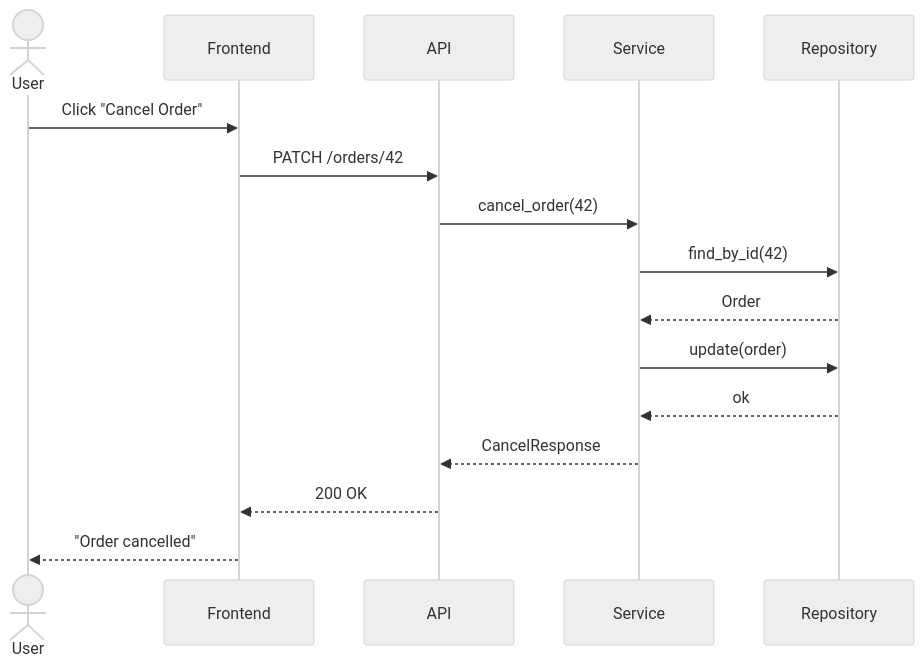
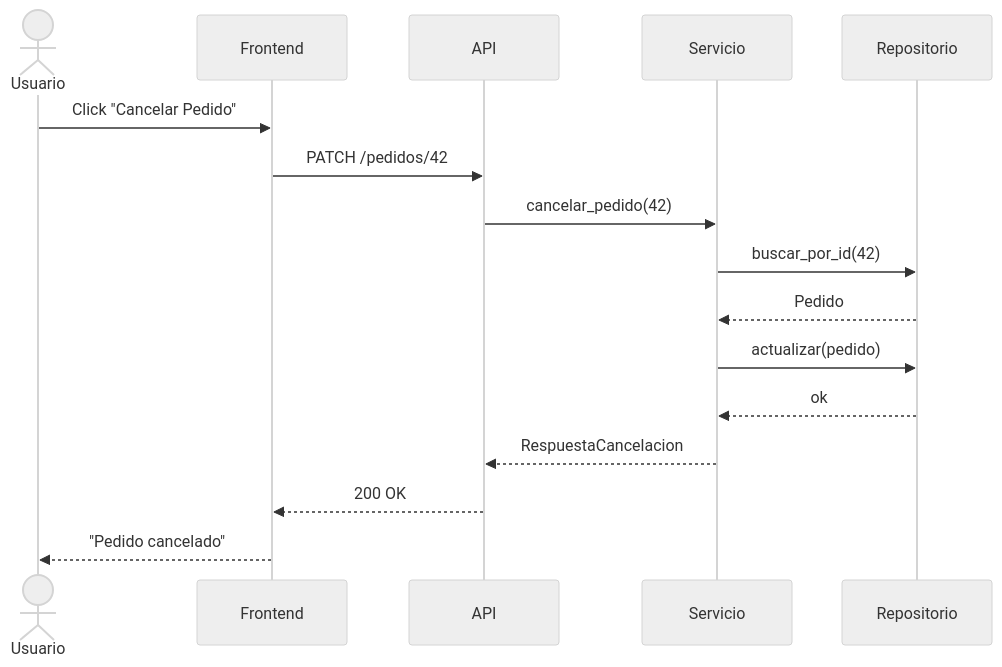
Before and after one commit to Francisco-Beltran-Millalen/AI-Assistend-workflows: the second of 4 diagrams in workflow/stages/phase-0/04-teacher.md, drawn with Mermaid (neutral theme). The commit also changed other lines of this file and 70 other files, not shown here.

````diff
--- a/workflow/stages/phase-0/04-teacher.md
+++ b/workflow/stages/phase-0/04-teacher.md
@@ -299,14 +285,14 @@
 ```mermaid
 sequenceDiagram
-    actor User
-    User->>Frontend: Click "Cancel Order"
-    Frontend->>API: PATCH /orders/42
-    API->>Service: cancel_order(42)
-    Service->>Repository: find_by_id(42)
-    Repository-->>Service: Order
-    Service->>Repository: update(order)
-    Repository-->>Service: ok
-    Service-->>API: CancelResponse
+    actor Usuario
+    Usuario->>Frontend: Click "Cancelar Pedido"
+    Frontend->>API: PATCH /pedidos/42
+    API->>Servicio: cancelar_pedido(42)
+    Servicio->>Repositorio: buscar_por_id(42)
+    Repositorio-->>Servicio: Pedido
+    Servicio->>Repositorio: actualizar(pedido)
+    Repositorio-->>Servicio: ok
+    Servicio-->>API: RespuestaCancelacion
     API-->>Frontend: 200 OK
-    Frontend-->>User: "Order cancelled"
+    Frontend-->>Usuario: "Pedido cancelado"
 ```
````
